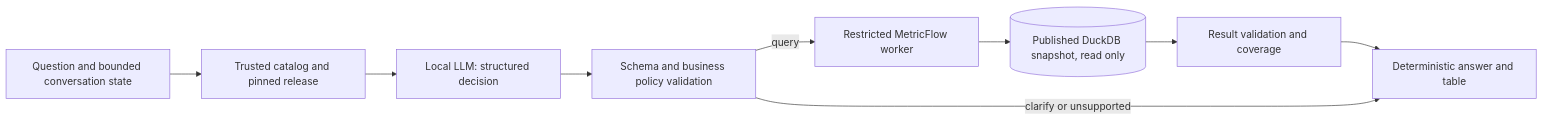
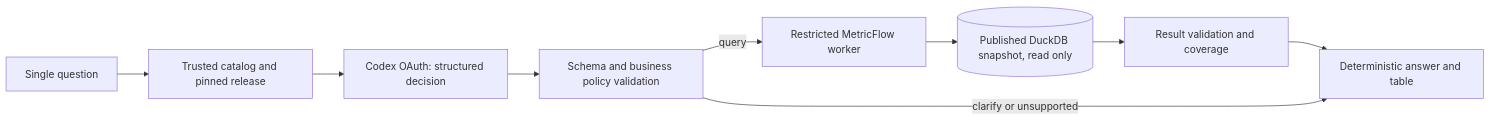
One commit to danielnrocha/cvm-fund-analytics changed the diagram in specs/AI-SPEC.md. Above: the diagram before and after it, drawn with Mermaid. The commit also changed other lines of this file and 21 other files, not shown here.

````diff
--- a/specs/AI-SPEC.md
+++ b/specs/AI-SPEC.md
@@ -29,11 +25,11 @@
 ```mermaid
 flowchart LR
-    U[Question and bounded conversation state] --> C[Trusted catalog and pinned release]
-    C --> P[Local LLM: structured decision]
+    U[Single question] --> C[Trusted catalog and pinned release]
+    C --> P[Codex OAuth: structured decision]
     P --> V[Schema and business policy validation]
     V -->|query| G[Restricted MetricFlow worker]
     G --> D[(Published DuckDB snapshot, read only)]
     D --> R[Result validation and coverage]
     R --> T[Deterministic answer and table]
     V -->|clarify or unsupported| T
 ```
````
